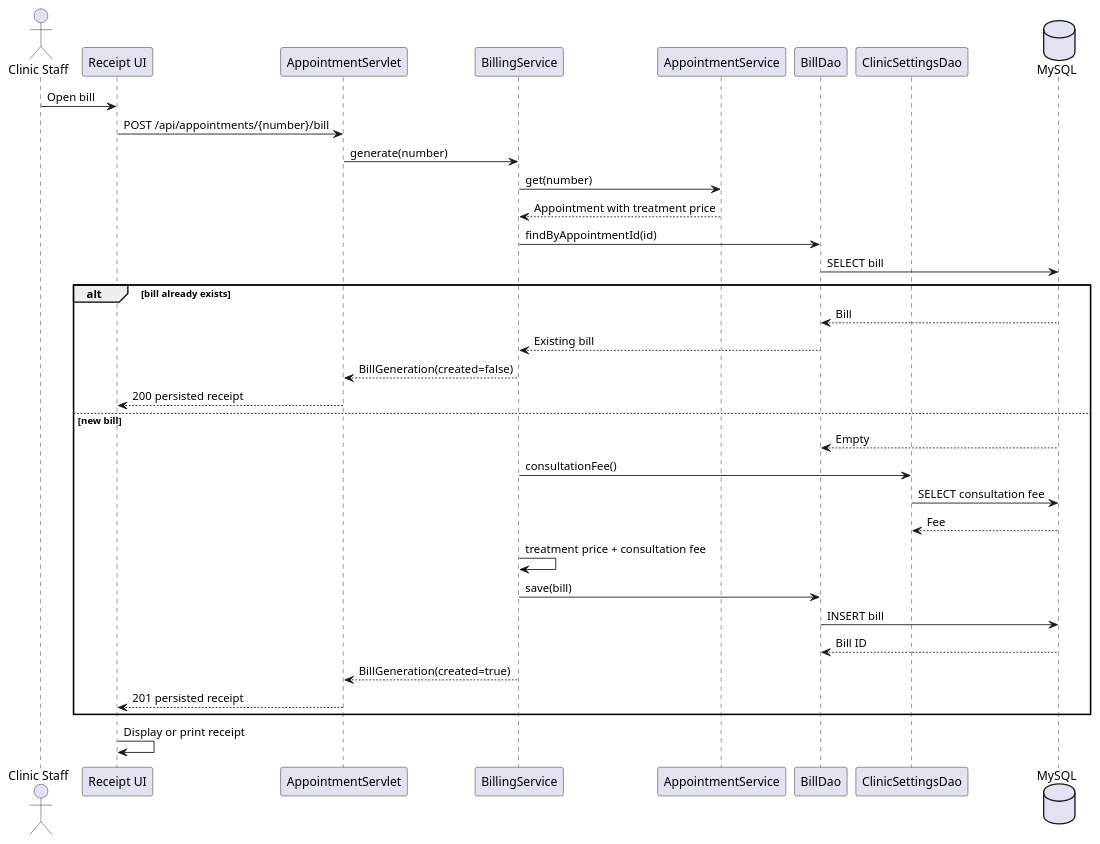
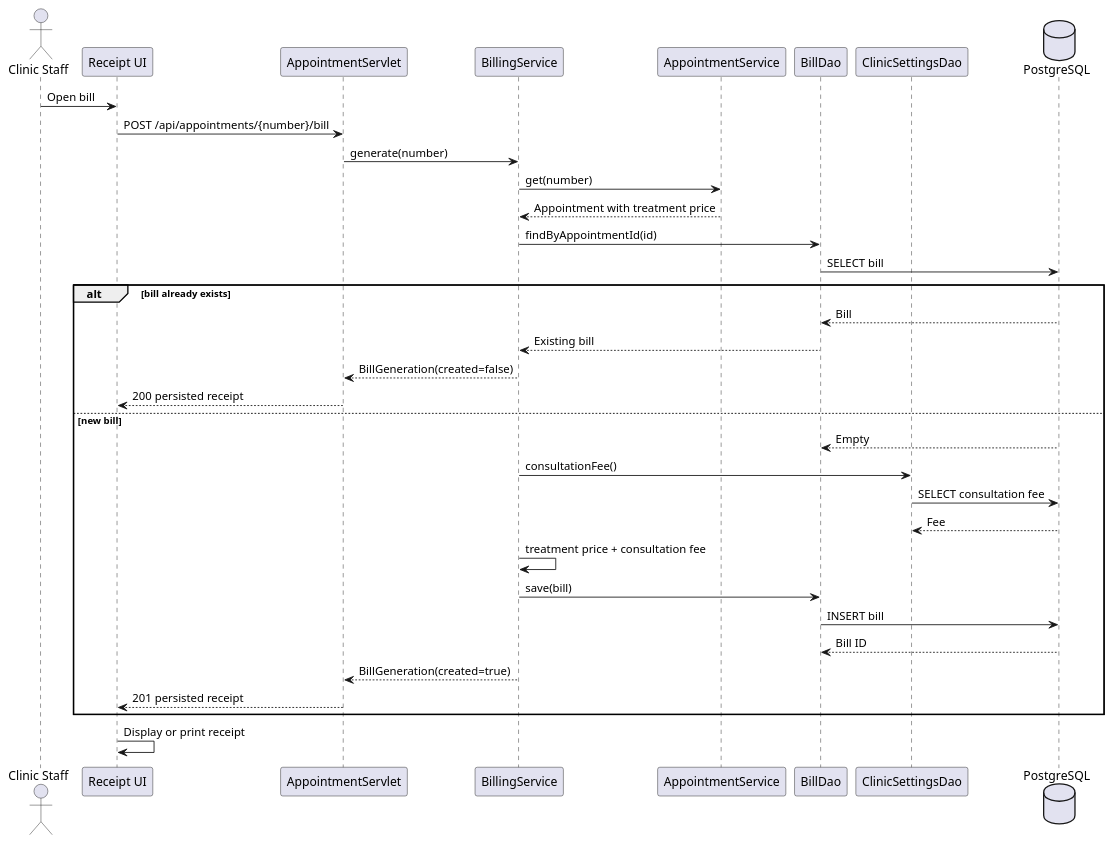
One commit to sdglhm/sunrise-dental-cis6003 changed the diagram in docs/uml/billing-sequence.puml. Above: the diagram before and after it, drawn with PlantUML. The commit also changed 13 other files, not shown here.

```diff
--- a/docs/uml/billing-sequence.puml
+++ b/docs/uml/billing-sequence.puml
@@ -1,35 +1,35 @@
 @startuml
 actor "Clinic Staff" as Staff
 participant "Receipt UI" as UI
 participant AppointmentServlet
 participant BillingService as Service
 participant AppointmentService
 participant BillDao
 participant ClinicSettingsDao
-database MySQL
+database PostgreSQL
 Staff -> UI: Open bill
 UI -> AppointmentServlet: POST /api/appointments/{number}/bill
 AppointmentServlet -> Service: generate(number)
 Service -> AppointmentService: get(number)
 AppointmentService --> Service: Appointment with treatment price
 Service -> BillDao: findByAppointmentId(id)
-BillDao -> MySQL: SELECT bill
+BillDao -> PostgreSQL: SELECT bill
 alt bill already exists
-  MySQL --> BillDao: Bill
+  PostgreSQL --> BillDao: Bill
   BillDao --> Service: Existing bill
   Service --> AppointmentServlet: BillGeneration(created=false)
   AppointmentServlet --> UI: 200 persisted receipt
 else new bill
-  MySQL --> BillDao: Empty
+  PostgreSQL --> BillDao: Empty
   Service -> ClinicSettingsDao: consultationFee()
-  ClinicSettingsDao -> MySQL: SELECT consultation fee
-  MySQL --> ClinicSettingsDao: Fee
+  ClinicSettingsDao -> PostgreSQL: SELECT consultation fee
+  PostgreSQL --> ClinicSettingsDao: Fee
   Service -> Service: treatment price + consultation fee
   Service -> BillDao: save(bill)
-  BillDao -> MySQL: INSERT bill
-  MySQL --> BillDao: Bill ID
+  BillDao -> PostgreSQL: INSERT bill
+  PostgreSQL --> BillDao: Bill ID
   Service --> AppointmentServlet: BillGeneration(created=true)
   AppointmentServlet --> UI: 201 persisted receipt
 end
 UI -> UI: Display or print receipt
 @enduml
```
